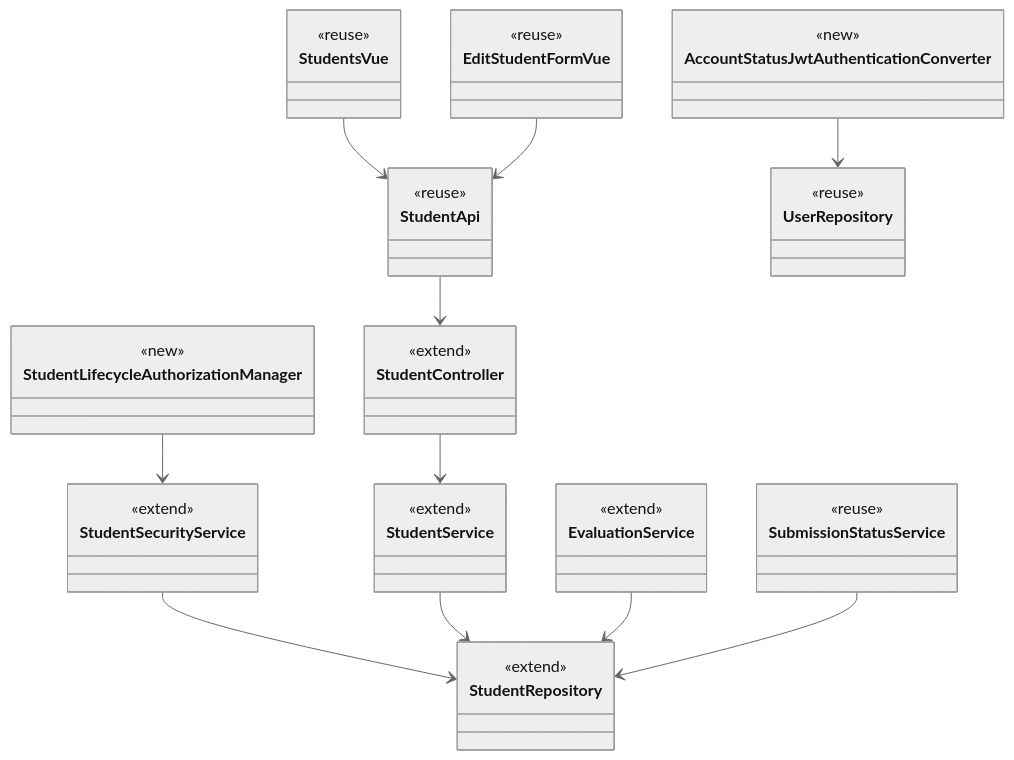
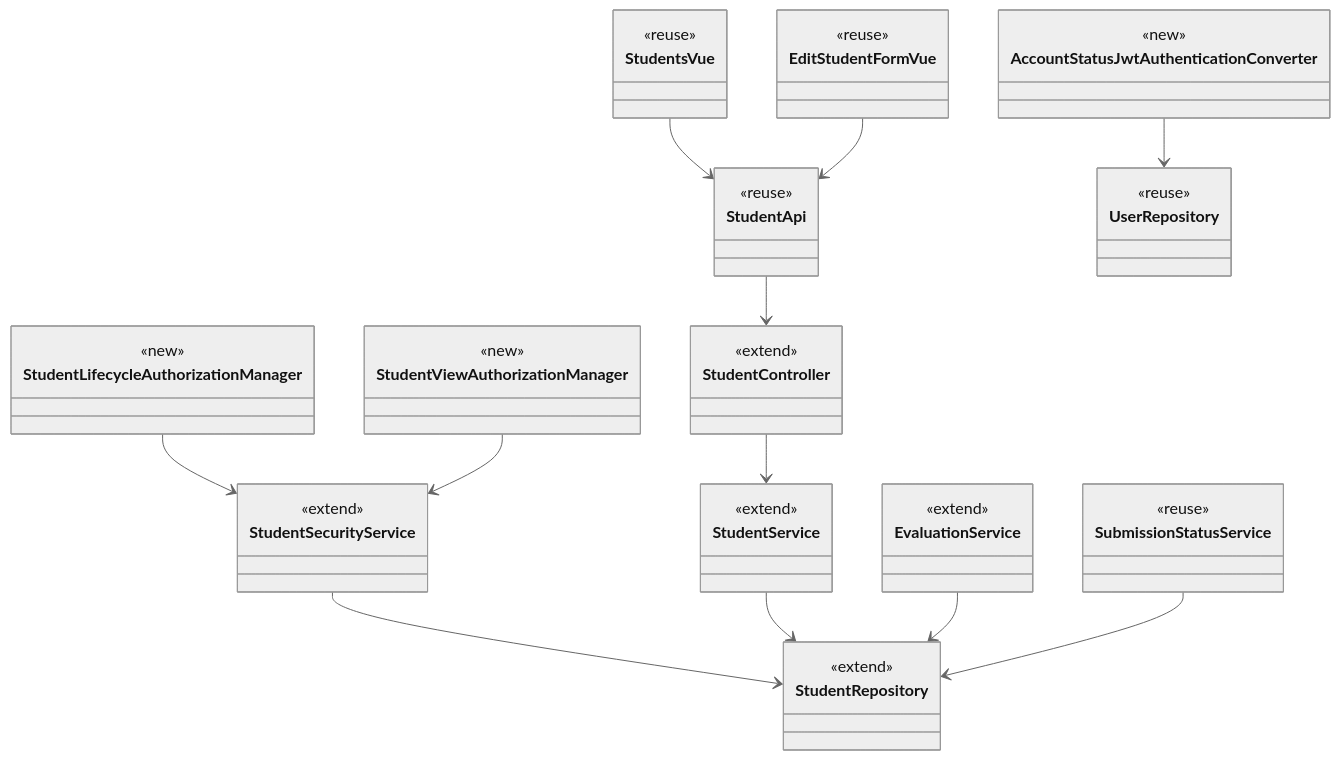
The first of 4 diagrams in docs/design/stu.md (shanabilliot/add-a-use-case), drawn with Mermaid (neutral theme) before and after one commit. The commit also changed other lines of this file and 5 other files, not shown here.

````diff
--- a/docs/design/stu.md
+++ b/docs/design/stu.md
@@ -13,26 +13,28 @@
 ```mermaid
 classDiagram
     class StudentsVue <<reuse>>
     class EditStudentFormVue <<reuse>>
     class StudentApi <<reuse>>
     class StudentController <<extend>>
     class StudentService <<extend>>
     class StudentRepository <<extend>>
     class StudentLifecycleAuthorizationManager <<new>>
+    class StudentViewAuthorizationManager <<new>>
     class StudentSecurityService <<extend>>
     class AccountStatusJwtAuthenticationConverter <<new>>
     class UserRepository <<reuse>>
     class EvaluationService <<extend>>
     class SubmissionStatusService <<reuse>>
 
     StudentsVue --> StudentApi
     EditStudentFormVue --> StudentApi
     StudentApi --> StudentController
     StudentController --> StudentService
     StudentLifecycleAuthorizationManager --> StudentSecurityService
+    StudentViewAuthorizationManager --> StudentSecurityService
     StudentSecurityService --> StudentRepository
     StudentService --> StudentRepository
     AccountStatusJwtAuthenticationConverter --> UserRepository
     EvaluationService --> StudentRepository
     SubmissionStatusService --> StudentRepository
 ```
````
